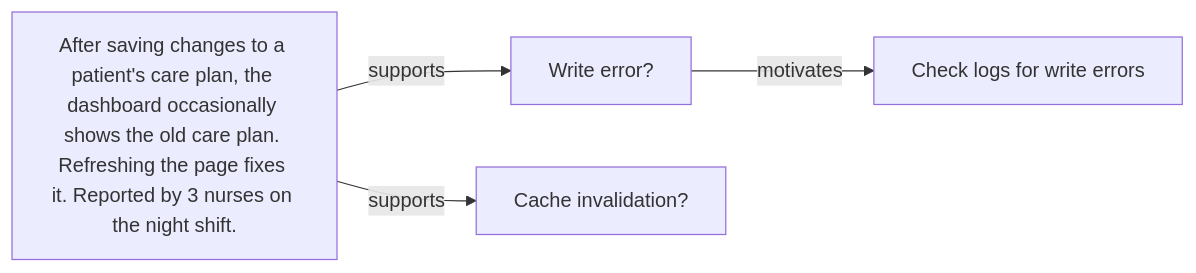
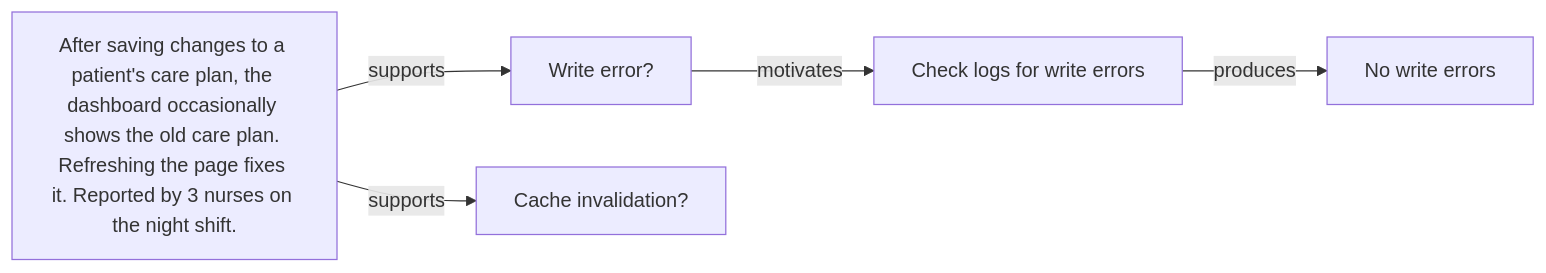
One commit to kahunacohen/why changed the diagram in diagrams/bug.mmd. Above: the diagram before and after it, drawn with Mermaid.

```diff
--- a/diagrams/bug.mmd
+++ b/diagrams/bug.mmd
@@ -1,15 +1,18 @@
 %% Bug report: After saving changes to a patient's care plan, the dashboard occasionally shows the old care plan. Refreshing the page fixes it. Reported by 3 nurses on the night shift.
 %% Root cause: The care plan save endpoint updates a care_plan_notes table but doesn't touch the main care_plans record. The cache invalidation job checks care_plans.updated_at to decide what to evict. Since that timestamp never changes, the job skips it, and the cache keeps
 %% serving the old care plan.
 
 flowchart LR
 
 B1["After saving changes to a patient's care plan, the dashboard occasionally shows the old care plan. Refreshing the page fixes it. Reported by 3 nurses on the night shift."]
 H1["Write error?"]
 H2["Cache invalidation?"]
 
 B1 --> |supports| H1
 B1 --> |supports| H2
 
 A1["Check logs for write errors"]
 H1 --> |motivates| A1
+
+O1["No write errors"]
+A1 --> |produces| O1
```
